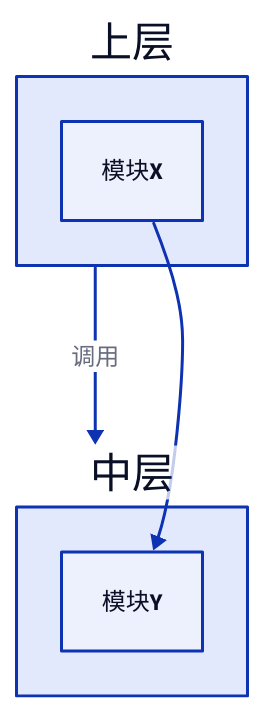
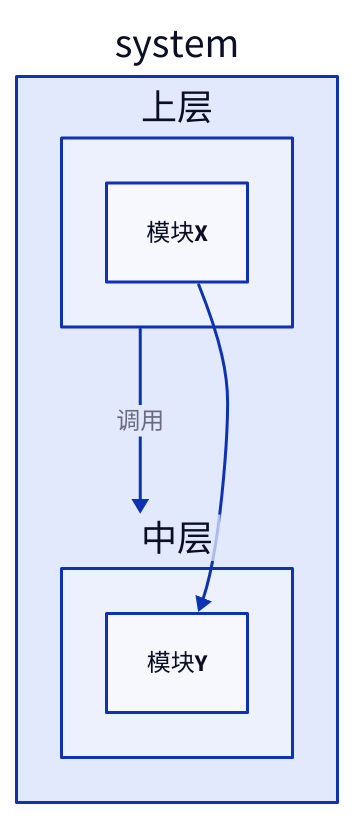
One commit to syllr/skills changed diagram 17 of 18 in skills/d2/SKILL.md. Above: the diagram before and after it, drawn with D2. The commit also changed other lines of this file and 2 other files, not shown here.

````diff
--- a/skills/d2/SKILL.md
+++ b/skills/d2/SKILL.md
@@ -586,4 +586,4 @@
 ```d2
-上层 -> 中层: "调用"    # ✅ 容器级：表达"这一整层调用中层"
-上层.模块X -> 中层.模块Y  # ❌ 模块级：层间关系图里太细节
+system.上层 -> system.中层: "调用"    # ✅ 容器级：表达"这一整层调用中层"（须完整路径，见 R3）
+system.上层.模块X -> system.中层.模块Y  # ❌ 模块级：层间关系图里太细节
 ```
````
